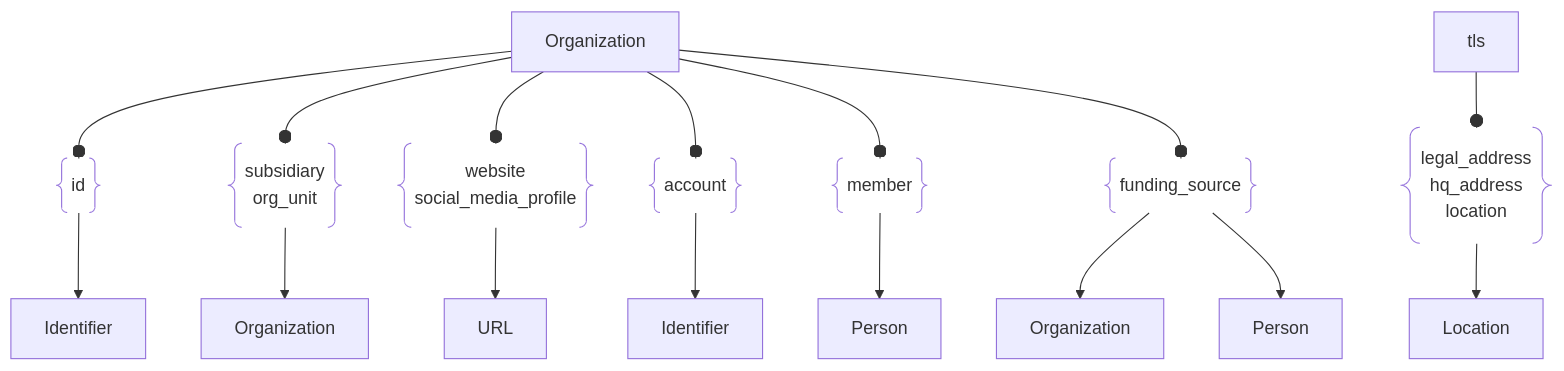
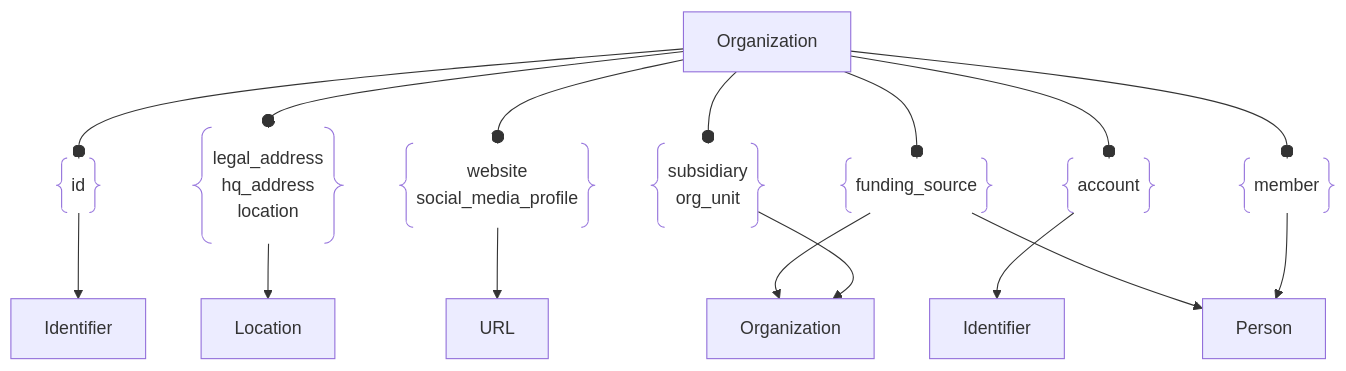
Before and after one commit to owasp-amass/docs: the diagram in docs/open_asset_model/assets/organization.md, drawn with Mermaid. The commit also changed other lines of this file, not shown here.

````diff
--- a/docs/open_asset_model/assets/organization.md
+++ b/docs/open_asset_model/assets/organization.md
@@ -49,44 +48,42 @@
 ```mermaid
 graph TD
 org["Organization"]
 ident["Identifier"]
 idrel@{ shape: braces, label: "id" }
 org --o idrel
 idrel --> ident
 
 loc["Location"]
 locrel@{ shape: braces, label: "legal_address
 hq_address
 location" }
-tls --o locrel
+org --o locrel
 locrel --> loc
 
 org2["Organization"]
 orgrel@{ shape: braces, label: "subsidiary
 org_unit" }
 org --o orgrel
 orgrel --> org2
 
 url["URL"]
 urlrel@{ shape: braces, label: "website
 social_media_profile" }
 org --o urlrel
 urlrel --> url
 
 account["Identifier"]
 acctrel@{ shape: braces, label: "account" }
 org --o acctrel
 acctrel --> account
 
 person["Person"]
 member@{ shape: braces, label: "member" }
 org --o member
 member --> person
 
-person2["Person"]
-org3["Organization"]
 funding@{ shape: braces, label: "funding_source" }
 org --o funding
-funding --> org3
-funding --> person2
+funding --> org2
+funding --> person
 ```
````
